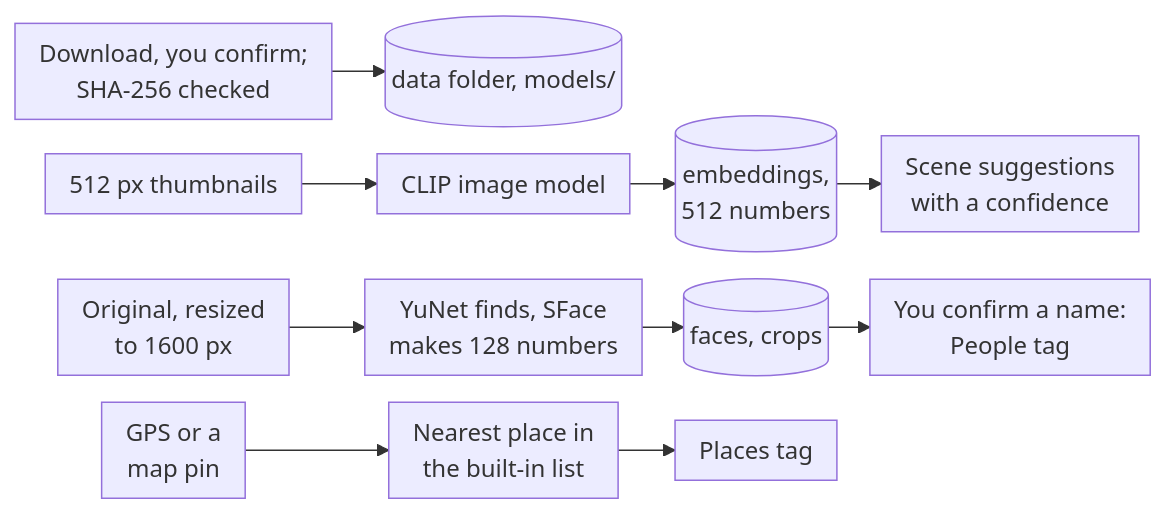
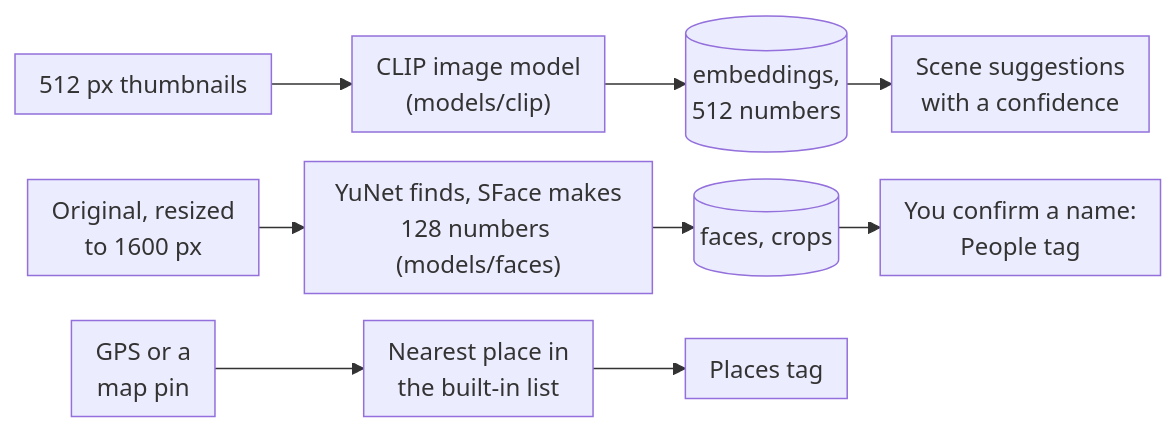
One commit to AxialForge/Lunelis changed diagram 13 of 14 in docs/src/dataflow-lunelis.md. Above: the diagram before and after it, drawn with Mermaid. The commit also changed other lines of this file and 9 other files, not shown here.

Commit message:
Add engine, data-flow and audit pilot documents; kit fixes for table widths

````diff
--- a/docs/src/dataflow-lunelis.md
+++ b/docs/src/dataflow-lunelis.md
@@ -420,8 +423,7 @@
 ```mermaid Recognition. Everything runs on the CPU in this process. Each path reads different pixels, and only names you confirm become tags.
 %%{init: {"flowchart": {"rankSpacing": 22, "nodeSpacing": 18, "padding": 8}}}%%
 flowchart LR
-  D["Download, you confirm;<br/>SHA-256 checked"] --> M[("data folder, models/")]
-  T["512 px thumbnails"] --> C["CLIP image model"] --> E[("embeddings,<br/>512 numbers")] --> S["Scene suggestions<br/>with a confidence"]
-  O["Original, resized<br/>to 1600 px"] --> F["YuNet finds, SFace<br/>makes 128 numbers"] --> FA[("faces, crops")] --> PT["You confirm a name:<br/>People tag"]
+  T["512 px thumbnails"] --> C["CLIP image model<br/>(models/clip)"] --> E[("embeddings,<br/>512 numbers")] --> S["Scene suggestions<br/>with a confidence"]
+  O["Original, resized<br/>to 1600 px"] --> F["YuNet finds, SFace makes<br/>128 numbers (models/faces)"] --> FA[("faces, crops")] --> PT["You confirm a name:<br/>People tag"]
   G["GPS or a<br/>map pin"] --> PL["Nearest place in<br/>the built-in list"] --> PT2["Places tag"]
 ```
````
